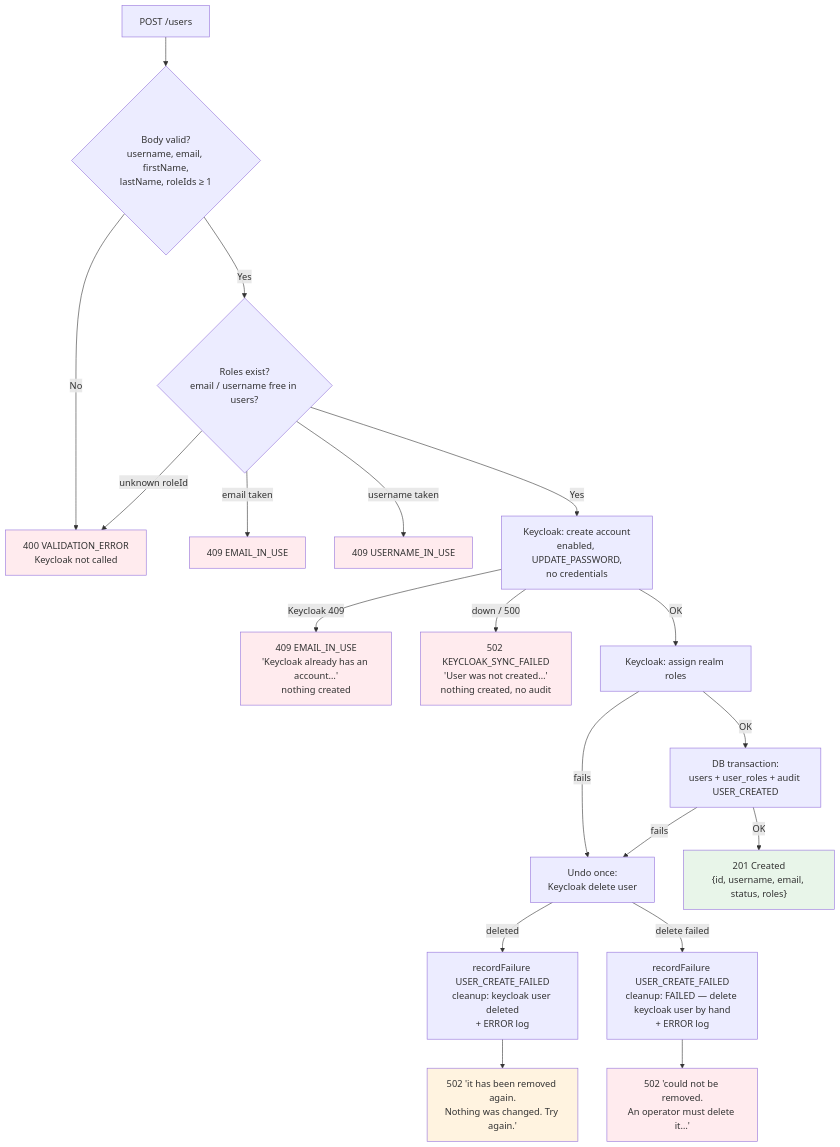
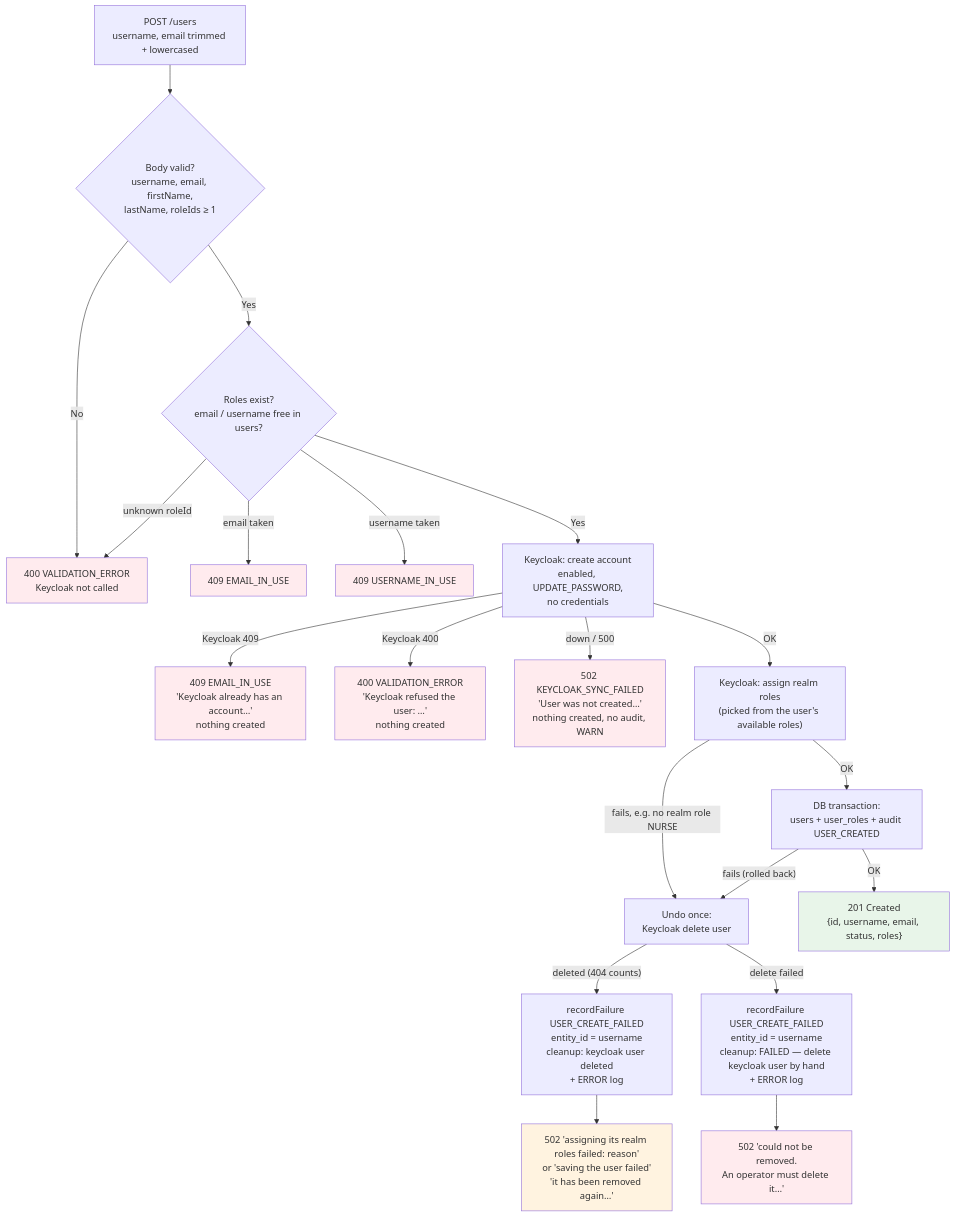
The third of 13 diagrams in docs/flow-diagrams.md (mehul-kunwar-tarento/cce-admin-service), drawn with Mermaid before and after one commit. The commit also changed 4 other files, not shown here.

````diff
--- a/docs/flow-diagrams.md
+++ b/docs/flow-diagrams.md
@@ -98,33 +98,35 @@
 ```mermaid
 flowchart TD
-    A["POST /users"] --> B{"Body valid?<br/>username, email, firstName,<br/>lastName, roleIds ≥ 1"}
+    A["POST /users<br/>username, email trimmed + lowercased"] --> B{"Body valid?<br/>username, email, firstName,<br/>lastName, roleIds ≥ 1"}
     B -->|No| E400["400 VALIDATION_ERROR<br/>Keycloak not called"]
     B -->|Yes| C{"Roles exist?<br/>email / username free in users?"}
     C -->|"unknown roleId"| E400
     C -->|"email taken"| E409E["409 EMAIL_IN_USE"]
     C -->|"username taken"| E409U["409 USERNAME_IN_USE"]
     C -->|Yes| K1["Keycloak: create account<br/>enabled, UPDATE_PASSWORD,<br/>no credentials"]
 
     K1 -->|"Keycloak 409"| E409K["409 EMAIL_IN_USE<br/>'Keycloak already has an account…'<br/>nothing created"]
-    K1 -->|"down / 500"| E502A["502 KEYCLOAK_SYNC_FAILED<br/>'User was not created…'<br/>nothing created, no audit"]
-    K1 -->|OK| K2["Keycloak: assign realm roles"]
+    K1 -->|"Keycloak 400"| E400K["400 VALIDATION_ERROR<br/>'Keycloak refused the user: …'<br/>nothing created"]
+    K1 -->|"down / 500"| E502A["502 KEYCLOAK_SYNC_FAILED<br/>'User was not created…'<br/>nothing created, no audit, WARN"]
+    K1 -->|OK| K2["Keycloak: assign realm roles<br/>(picked from the user's available roles)"]
 
-    K2 -->|fails| U["Undo once:<br/>Keycloak delete user"]
+    K2 -->|"fails, e.g. no realm role NURSE"| U["Undo once:<br/>Keycloak delete user"]
     K2 -->|OK| D["DB transaction:<br/>users + user_roles + audit USER_CREATED"]
-    D -->|fails| U
+    D -->|"fails (rolled back)"| U
     D -->|OK| OK["201 Created<br/>{id, username, email, status, roles}"]
 
-    U -->|deleted| R1["recordFailure USER_CREATE_FAILED<br/>cleanup: keycloak user deleted<br/>+ ERROR log"]
-    U -->|"delete failed"| R2["recordFailure USER_CREATE_FAILED<br/>cleanup: FAILED — delete keycloak user by hand<br/>+ ERROR log"]
-    R1 --> E502B["502 'it has been removed again.<br/>Nothing was changed. Try again.'"]
+    U -->|"deleted (404 counts)"| R1["recordFailure USER_CREATE_FAILED<br/>entity_id = username<br/>cleanup: keycloak user deleted<br/>+ ERROR log"]
+    U -->|"delete failed"| R2["recordFailure USER_CREATE_FAILED<br/>entity_id = username<br/>cleanup: FAILED — delete keycloak user by hand<br/>+ ERROR log"]
+    R1 --> E502B["502 'assigning its realm roles failed: reason'<br/>or 'saving the user failed'<br/>'it has been removed again…'"]
     R2 --> E502C["502 'could not be removed.<br/>An operator must delete it…'"]
 
     style OK fill:#e8f5e9
     style E502B fill:#fff3e0
     style E400 fill:#ffebee
     style E409E fill:#ffebee
     style E409U fill:#ffebee
     style E409K fill:#ffebee
+    style E400K fill:#ffebee
     style E502A fill:#ffebee
     style E502C fill:#ffebee
 ```
````
